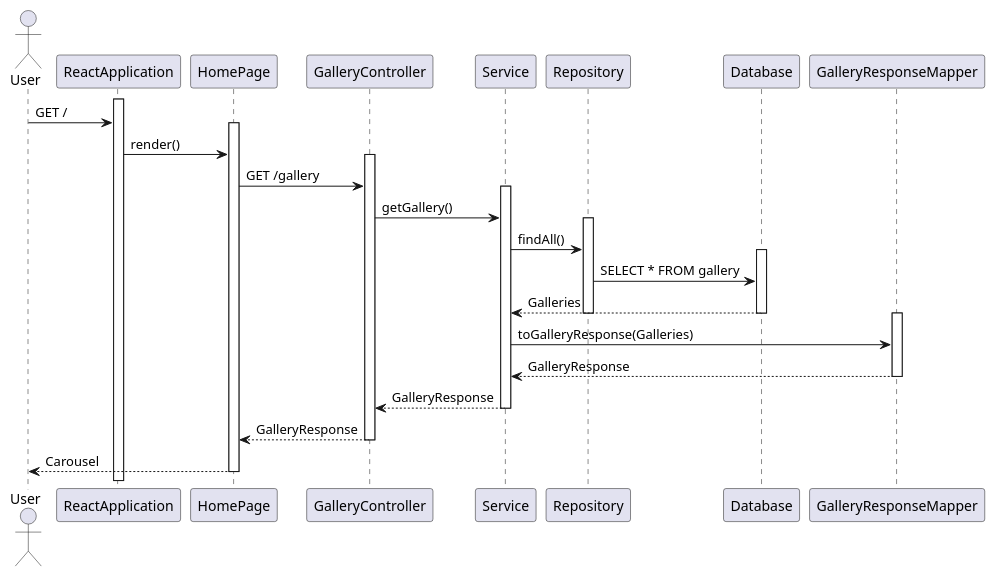
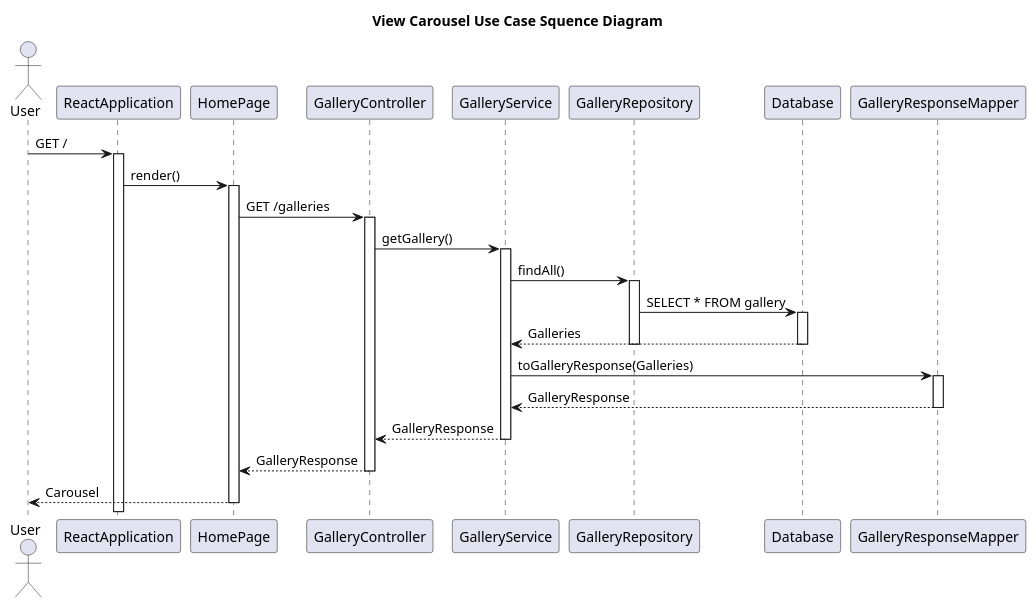
The diagram in Sprint_1/View_Carousel/Design-lvl-SSD.puml (DylanBrass/Corso-Website), drawn with PlantUML before and after one commit. The commit also changed 1 other file, not shown here.

Commit message:
Update the use case diagrams

```diff
--- a/Sprint_1/View_Carousel/Design-lvl-SSD.puml
+++ b/Sprint_1/View_Carousel/Design-lvl-SSD.puml
@@ -1,62 +1,63 @@
 @startuml
 
+title View Carousel Use Case Squence Diagram
 
 actor User 
 
+
+User -> ReactApplication : GET /
 activate ReactApplication
 
-User -> ReactApplication : GET /
 
+ReactApplication -> HomePage : render()
 activate HomePage
 
-ReactApplication -> HomePage : render()
 
+
+HomePage -> GalleryController : GET /galleries
 activate GalleryController 
 
 
-HomePage -> GalleryController : GET /gallery
-
-
-activate Service 
 
 
 
-GalleryController -> Service : getGallery()
+GalleryController -> GalleryService : getGallery()
+activate GalleryService 
 
-activate Repository
 
-Service -> Repository : findAll()
+GalleryService -> GalleryRepository : findAll()
+activate GalleryRepository
 
+
+GalleryRepository -> Database : SELECT * FROM gallery
 activate Database
 
-Repository -> Database : SELECT * FROM gallery
+Database --> GalleryService : Galleries
 
-Database --> Service : Galleries
-
-deactivate Repository
+deactivate GalleryRepository
 
 deactivate Database
 
+
+
+GalleryService -> GalleryResponseMapper : toGalleryResponse(Galleries)
 activate GalleryResponseMapper
 
-
-Service -> GalleryResponseMapper : toGalleryResponse(Galleries)
-
-GalleryResponseMapper --> Service : GalleryResponse
+GalleryResponseMapper --> GalleryService : GalleryResponse
 
 deactivate GalleryResponseMapper
 
-Service --> GalleryController : GalleryResponse
+GalleryService --> GalleryController : GalleryResponse
 
-deactivate Service
+deactivate GalleryService
 
 GalleryController --> HomePage : GalleryResponse
 
 deactivate GalleryController
 
 HomePage --> User : Carousel
 
 deactivate HomePage
 
 
 @endpuml
```
